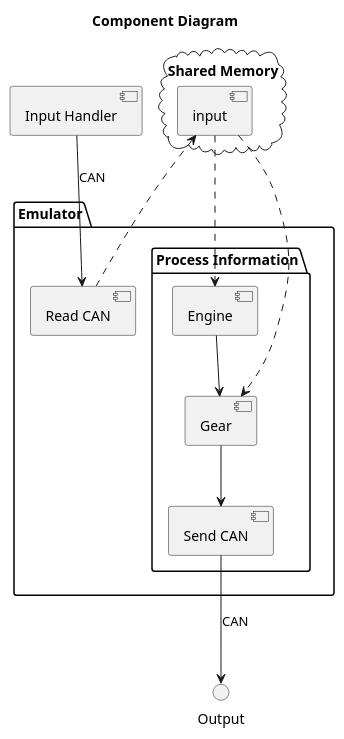
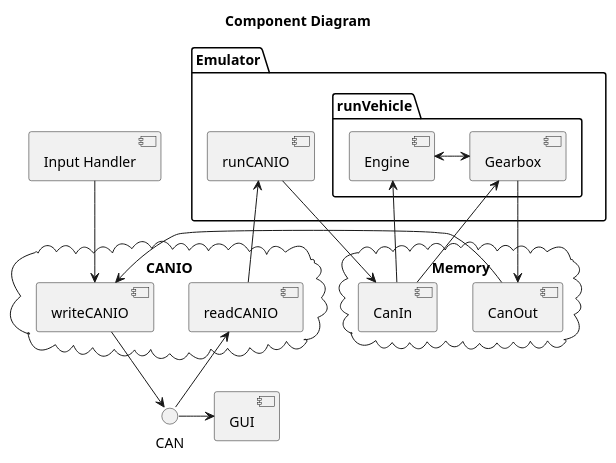
The diagram in Docs/src/component_diagram.wsd (SubspaceBob/bootcamp_project), drawn with PlantUML before and after one commit. The commit also changed 15 other files, not shown here.

```diff
--- a/Docs/src/component_diagram.wsd
+++ b/Docs/src/component_diagram.wsd
@@ -1,24 +1,36 @@
 @startuml
 title Component Diagram
+
 package "Emulator"{
-    [Read CAN]
-    package "Process Information" {
+    [runCANIO]
+    package "runVehicle" {
         [Engine]
-        [Gear]
-        [Send CAN] 
+        [Gearbox]
     }    
 }
-cloud "Shared Memory"{
-    [input]
+cloud "CANIO" {
+    [readCANIO]
+    [writeCANIO]
+}
+cloud "Memory"{
+    [CanIn]
+    [CanOut]
 }
 
-[Input Handler] --> [Read CAN] : CAN
-[input] <.. [Read CAN]
+[Input Handler] --> [writeCANIO]
+[writeCANIO] --> CAN
 
-[input] ..> [Engine]
-[Engine] --> [Gear]
-[input] ..> [Gear]
-[Gear] --> [Send CAN]
-[Send CAN] --> Output : CAN
+[runCANIO] <- [readCANIO]
+[readCANIO] <- CAN
+[runCANIO] -> [CanIn]
+
+[Engine] <--[CanIn]
+[Engine] <-> [Gearbox]
+[Gearbox]<-[CanIn]
+[Gearbox] -> [CanOut]
+[CanOut] -> [writeCANIO]
+
+CAN -> [GUI]
+
 
 @enduml
```
